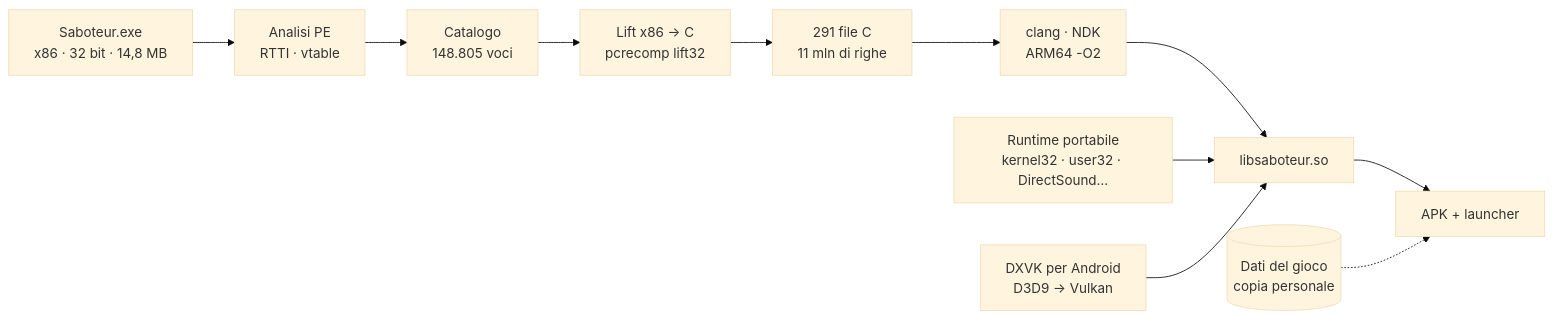
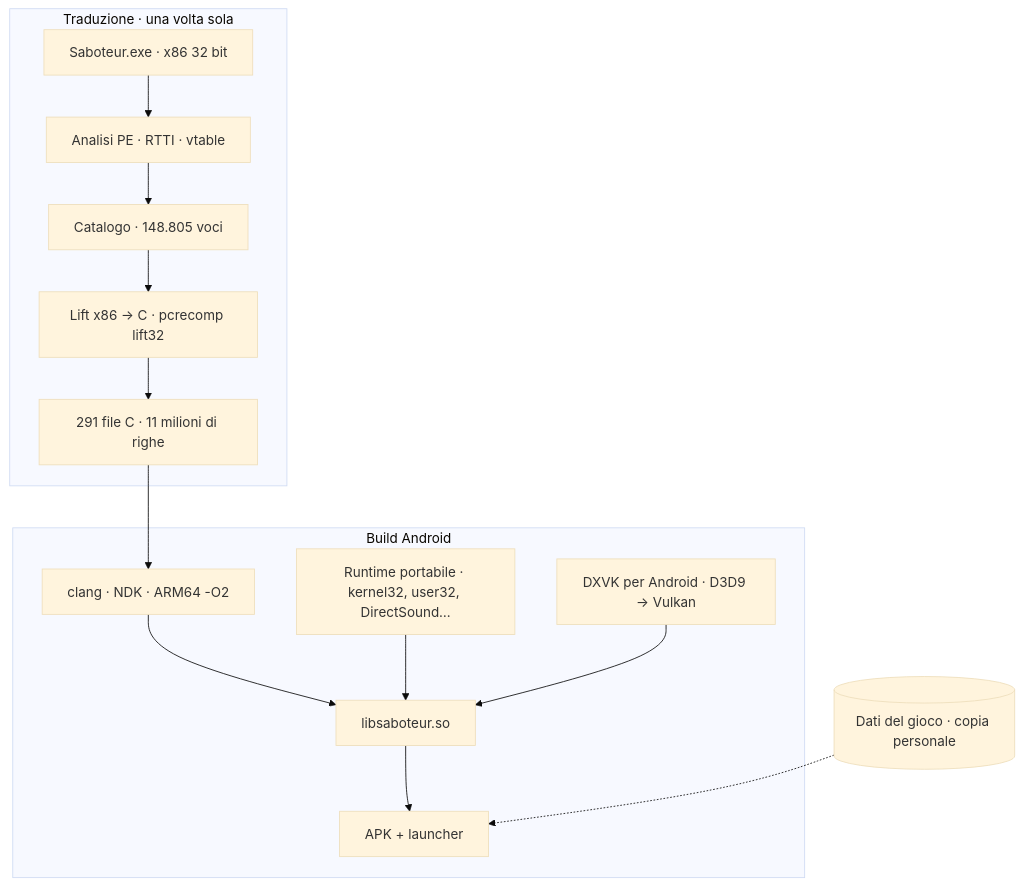
One commit to lumishelf/saboteur-android changed the diagram in README.md. Above: the diagram before and after it, drawn with Mermaid (base theme). The commit also changed 1 other file, not shown here.

Commit message:
Diagramma della pipeline in verticale, leggibile su GitHub
Claude-Session: https://claude.ai/code/session_01DDL9ukDzC7MMy8xYn2k9s1

````diff
--- a/README.md
+++ b/README.md
@@ -126,13 +126,17 @@
 ```mermaid
-flowchart LR
-    A["Saboteur.exe<br/>x86 · 32 bit · 14,8 MB"] --> B["Analisi PE<br/>RTTI · vtable"]
-    B --> C["Catalogo<br/>148.805 voci"]
-    C --> D["Lift x86 → C<br/>pcrecomp lift32"]
-    D --> E["291 file C<br/>11 mln di righe"]
-    E --> F["clang · NDK<br/>ARM64 -O2"]
-    F --> G["libsaboteur.so"]
-    R["Runtime portabile<br/>kernel32 · user32 · DirectSound…"] --> G
-    X["DXVK per Android<br/>D3D9 → Vulkan"] --> G
-    G --> H["APK + launcher"]
-    D2[("Dati del gioco<br/>copia personale")] -.-> H
+flowchart TD
+    subgraph T["Traduzione · una volta sola"]
+        A["Saboteur.exe · x86 32 bit"] --> B["Analisi PE · RTTI · vtable"]
+        B --> C["Catalogo · 148.805 voci"]
+        C --> D["Lift x86 → C · pcrecomp lift32"]
+        D --> E["291 file C · 11 milioni di righe"]
+    end
+    subgraph A2["Build Android"]
+        F["clang · NDK · ARM64 -O2"] --> G["libsaboteur.so"]
+        R["Runtime portabile · kernel32, user32, DirectSound…"] --> G
+        X["DXVK per Android · D3D9 → Vulkan"] --> G
+        G --> H["APK + launcher"]
+    end
+    E --> F
+    DATI[("Dati del gioco · copia personale")] -.-> H
 ```
````
